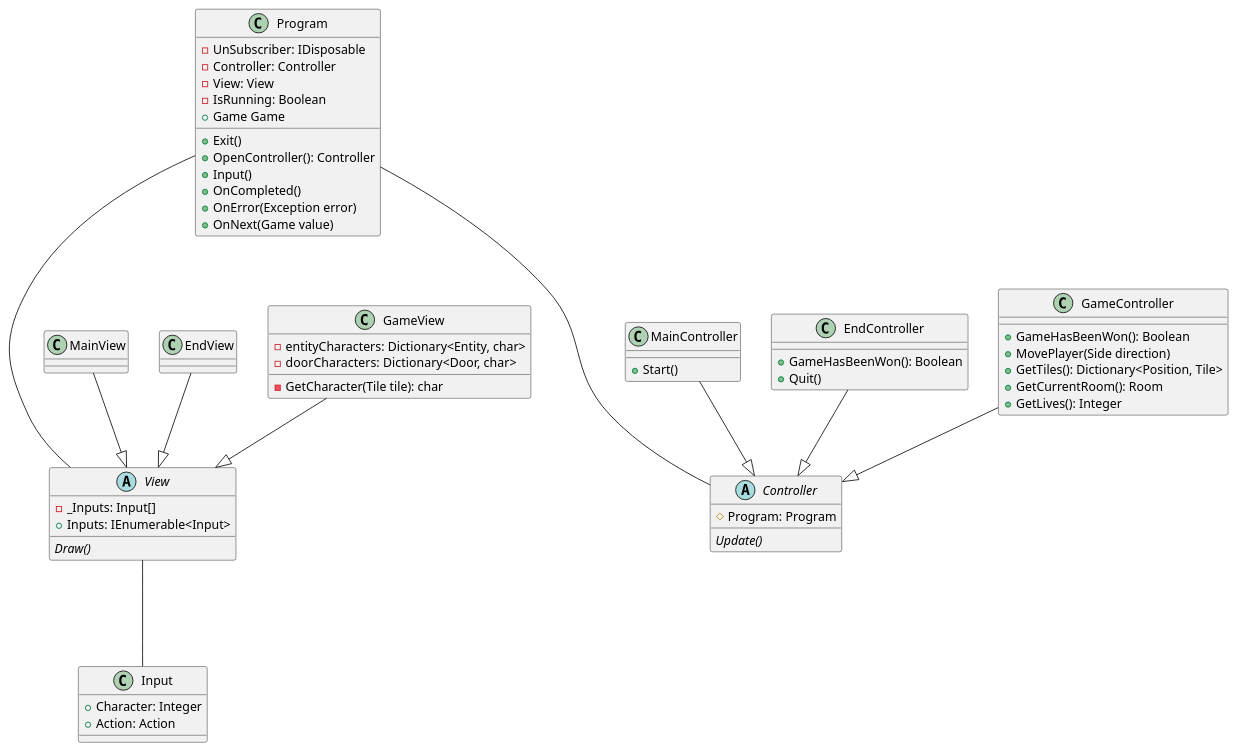
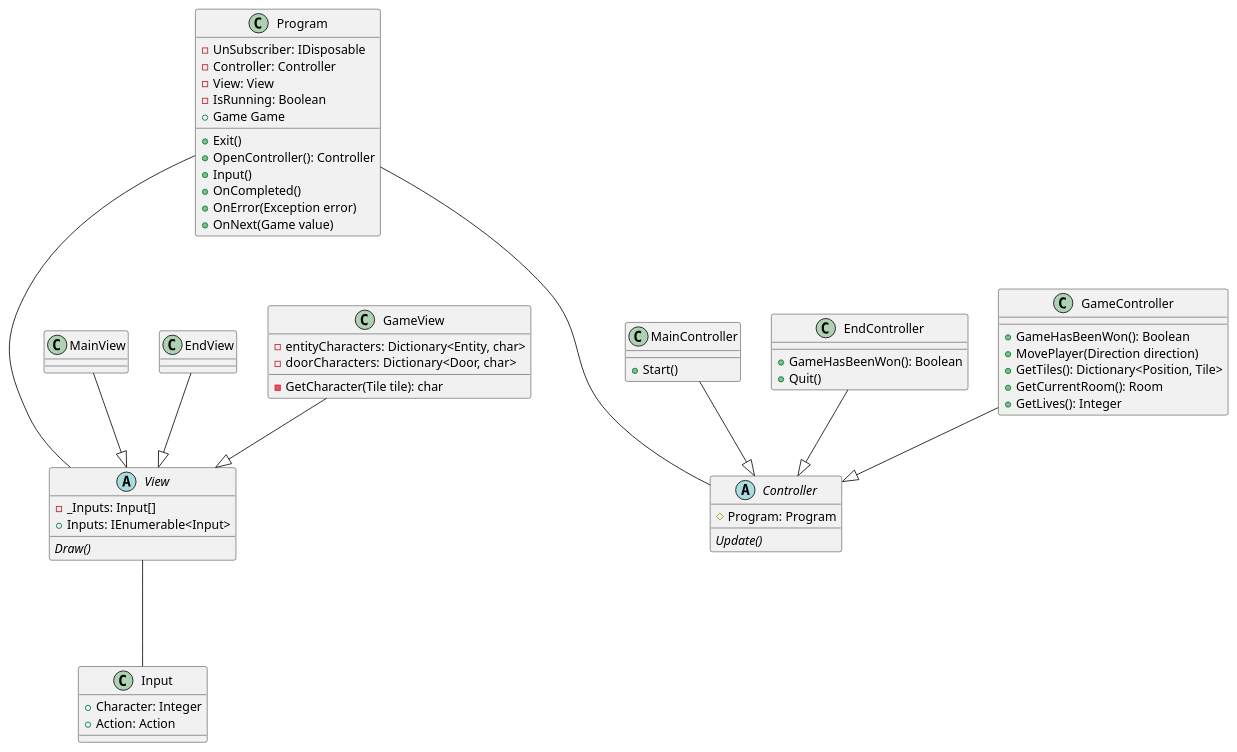
Before and after one commit to gillescoolen/code-design: the diagram in docs/frontend.plantuml, drawn with PlantUML.

```diff
--- a/docs/frontend.plantuml
+++ b/docs/frontend.plantuml
@@ -1,68 +1,68 @@
 @startuml temple_of_doom
 abstract Controller {
     # Program: Program
     {abstract} Update()
 }
 
 class Program {
     - UnSubscriber: IDisposable
     - Controller: Controller
     - View: View
     - IsRunning: Boolean
     + Game Game
     + Exit()
     + OpenController(): Controller
     + Input()
     + OnCompleted()
     + OnError(Exception error)
     + OnNext(Game value)
 }
 
 class MainController {
     + Start()
 }
 
 class EndController {
     + GameHasBeenWon(): Boolean
     + Quit()
 }
 
 class GameController {
     + GameHasBeenWon(): Boolean
-    + MovePlayer(Side direction)
+    + MovePlayer(Direction direction)
     + GetTiles(): Dictionary<Position, Tile>
     + GetCurrentRoom(): Room
     + GetLives(): Integer
 }
 
 abstract View {
     - _Inputs: Input[]
     + Inputs: IEnumerable<Input>
     {abstract} Draw()
 }
 
 class MainView {}
 class EndView {}
 class GameView {
     - entityCharacters: Dictionary<Entity, char>
     - doorCharacters: Dictionary<Door, char>
     - GetCharacter(Tile tile): char
 }
 
 class Input {
     + Character: Integer
     + Action: Action
 }
 
 MainController --|> Controller
 EndController --|> Controller
 GameController --|> Controller
 
 MainView --|> View
 EndView --|> View
 GameView --|> View
 
 Program --- Controller
 Program --- View
 View --- Input
 @enduml
```
